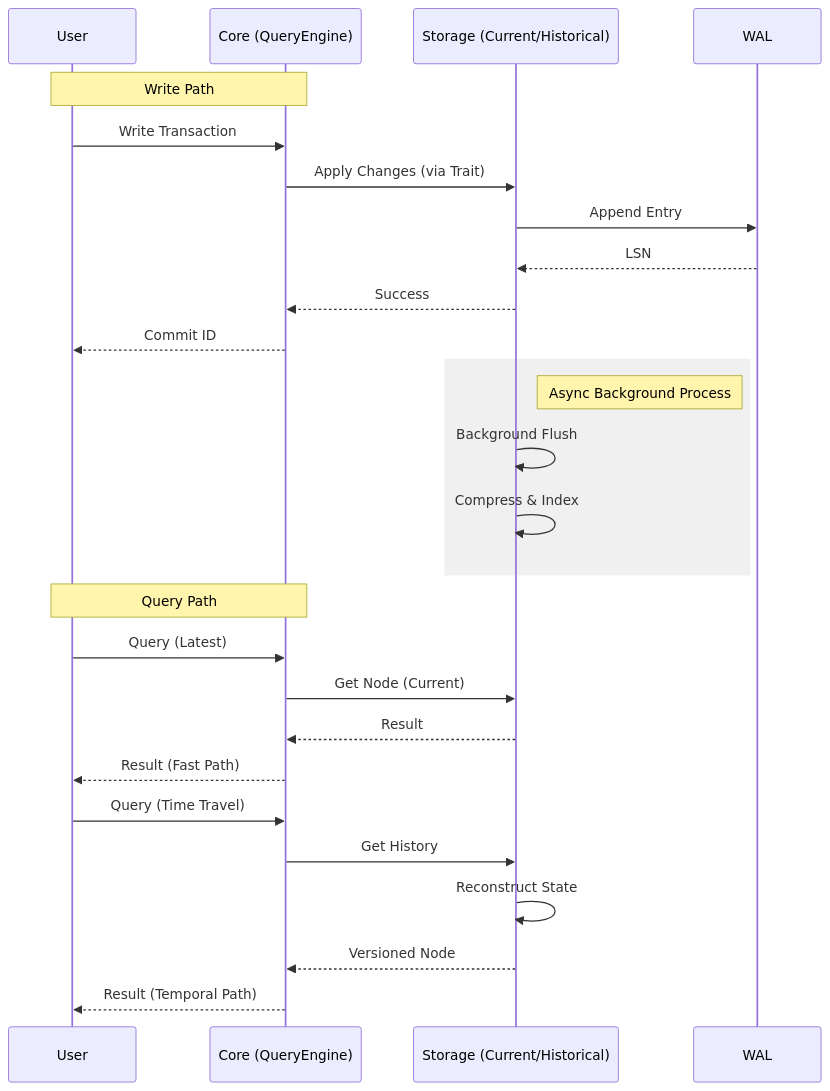
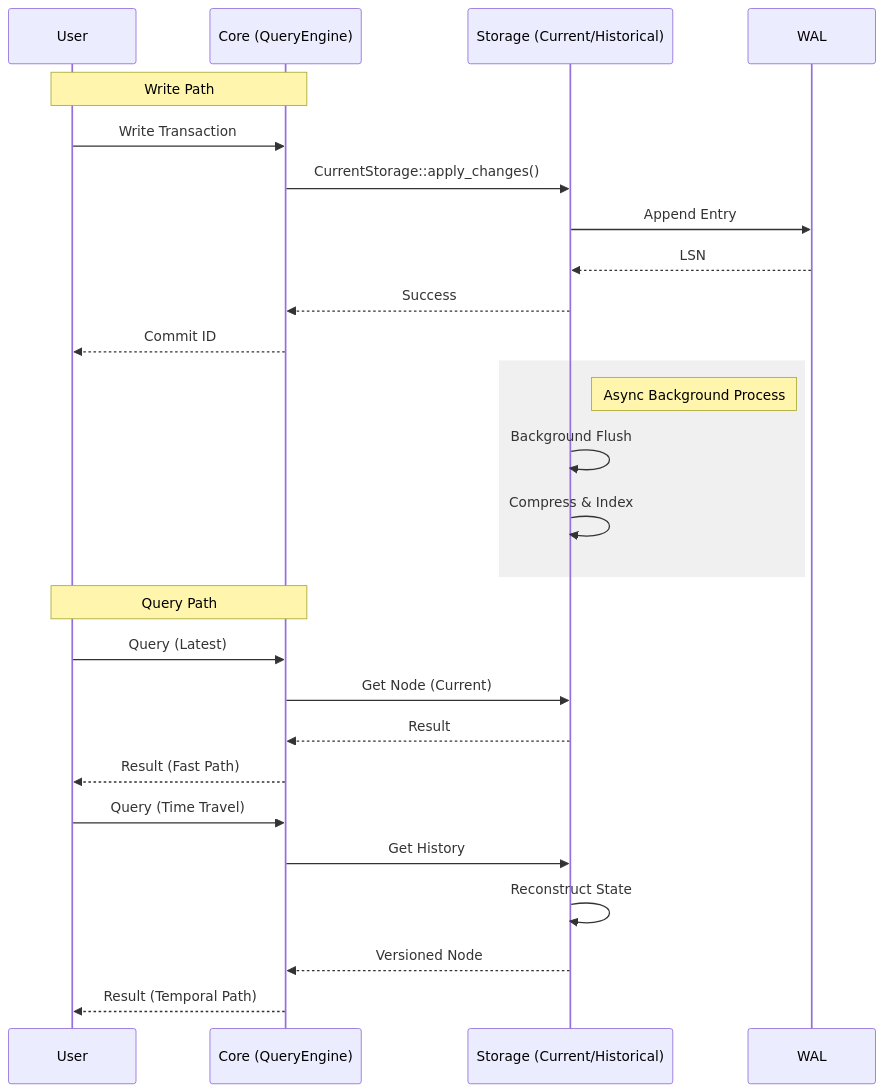
One commit to autumn-foundation/AletheiaDB changed diagram 53 of 57 in docs/ARCHITECTURE.md. Above: the diagram before and after it, drawn with Mermaid. The commit also changed other lines of this file and 2 other files, not shown here.

Commit message:
docs: add ADR 0053 & update architecture diagrams
- Add `docs/adr/0053-decouple-storage-from-core-redux.md` to formalize the decoupling of storage from core via module separation but coupling via concrete types in `src/db`.
- Mark `docs/adr/0027-decouple-storage-from-core.md` as superseded by ADR 0053.
- Update `docs/ARCHITECTURE.md` diagrams to reflect the actual implementation:
  - Class Diagram: `AletheiaDB` owns concrete `CurrentStorage` and `HistoricalStorage` types.
  - Sequence Diagram: Use `CurrentStorage::apply_changes()` instead of abstract trait calls.

````diff
--- a/docs/ARCHITECTURE.md
+++ b/docs/ARCHITECTURE.md
@@ -1153,33 +1153,33 @@
 ```mermaid
 sequenceDiagram
     participant User
     participant Core as Core (QueryEngine)
     participant Storage as Storage (Current/Historical)
     participant WAL
 
     Note over User, Core: Write Path
     User->>Core: Write Transaction
-    Core->>Storage: Apply Changes (via Trait)
+    Core->>Storage: CurrentStorage::apply_changes()
     Storage->>WAL: Append Entry
     WAL-->>Storage: LSN
     Storage-->>Core: Success
     Core-->>User: Commit ID
 
     rect rgb(240, 240, 240)
         Note right of Storage: Async Background Process
         Storage->>Storage: Background Flush
         Storage->>Storage: Compress & Index
     end
 
     Note over User, Core: Query Path
     User->>Core: Query (Latest)
     Core->>Storage: Get Node (Current)
     Storage-->>Core: Result
     Core-->>User: Result (Fast Path)
 
     User->>Core: Query (Time Travel)
     Core->>Storage: Get History
     Storage->>Storage: Reconstruct State
     Storage-->>Core: Versioned Node
     Core-->>User: Result (Temporal Path)
 ```
````
